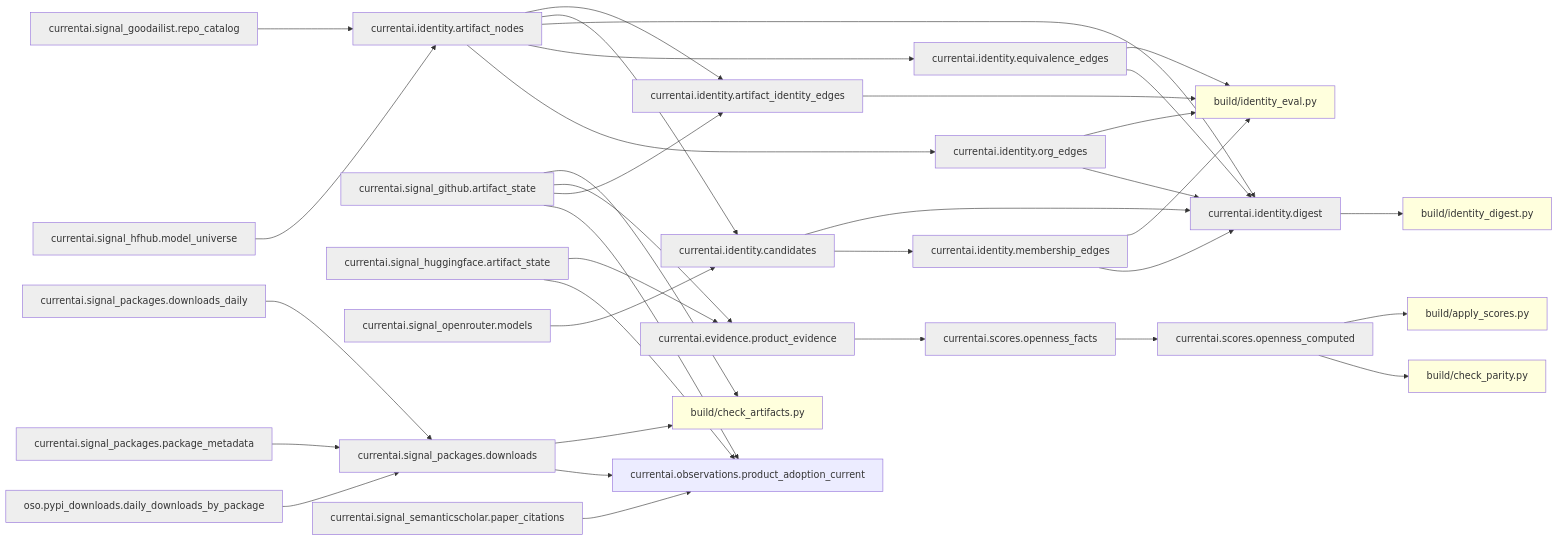
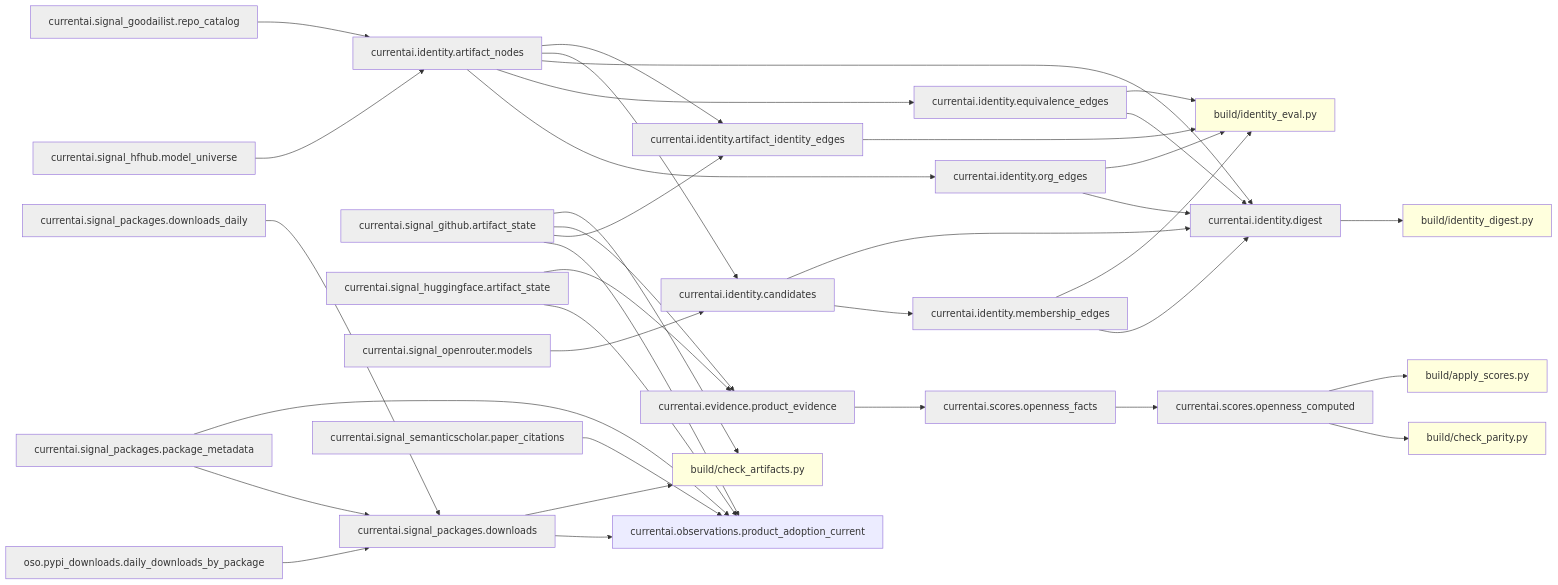
Before and after one commit to currentai-org/os-ai-map: the second of 3 diagrams in docs/architecture/current-state-dag.md, drawn with Mermaid. The commit also changed 15 other files, not shown here.

````diff
--- a/docs/architecture/current-state-dag.md
+++ b/docs/architecture/current-state-dag.md
@@ -93,40 +93,41 @@
 ```mermaid
 graph LR
   currentai__evidence__product_evidence[currentai.evidence.product_evidence]:::dep --> currentai__scores__openness_facts[currentai.scores.openness_facts]:::dep
   currentai__identity__artifact_identity_edges[currentai.identity.artifact_identity_edges]:::dep --> build/identity_eval__py[build/identity_eval.py]:::audit
   currentai__identity__artifact_nodes[currentai.identity.artifact_nodes]:::dep --> currentai__identity__artifact_identity_edges[currentai.identity.artifact_identity_edges]:::dep
   currentai__identity__artifact_nodes[currentai.identity.artifact_nodes]:::dep --> currentai__identity__candidates[currentai.identity.candidates]:::dep
   currentai__identity__artifact_nodes[currentai.identity.artifact_nodes]:::dep --> currentai__identity__digest[currentai.identity.digest]:::dep
   currentai__identity__artifact_nodes[currentai.identity.artifact_nodes]:::dep --> currentai__identity__equivalence_edges[currentai.identity.equivalence_edges]:::dep
   currentai__identity__artifact_nodes[currentai.identity.artifact_nodes]:::dep --> currentai__identity__org_edges[currentai.identity.org_edges]:::dep
   currentai__identity__candidates[currentai.identity.candidates]:::dep --> currentai__identity__digest[currentai.identity.digest]:::dep
   currentai__identity__candidates[currentai.identity.candidates]:::dep --> currentai__identity__membership_edges[currentai.identity.membership_edges]:::dep
   currentai__identity__digest[currentai.identity.digest]:::dep --> build/identity_digest__py[build/identity_digest.py]:::audit
   currentai__identity__equivalence_edges[currentai.identity.equivalence_edges]:::dep --> build/identity_eval__py[build/identity_eval.py]:::audit
   currentai__identity__equivalence_edges[currentai.identity.equivalence_edges]:::dep --> currentai__identity__digest[currentai.identity.digest]:::dep
   currentai__identity__membership_edges[currentai.identity.membership_edges]:::dep --> build/identity_eval__py[build/identity_eval.py]:::audit
   currentai__identity__membership_edges[currentai.identity.membership_edges]:::dep --> currentai__identity__digest[currentai.identity.digest]:::dep
   currentai__identity__org_edges[currentai.identity.org_edges]:::dep --> build/identity_eval__py[build/identity_eval.py]:::audit
   currentai__identity__org_edges[currentai.identity.org_edges]:::dep --> currentai__identity__digest[currentai.identity.digest]:::dep
   currentai__scores__openness_computed[currentai.scores.openness_computed]:::dep --> build/apply_scores__py[build/apply_scores.py]:::audit
   currentai__scores__openness_computed[currentai.scores.openness_computed]:::dep --> build/check_parity__py[build/check_parity.py]:::audit
   currentai__scores__openness_facts[currentai.scores.openness_facts]:::dep --> currentai__scores__openness_computed[currentai.scores.openness_computed]:::dep
   currentai__signal_github__artifact_state[currentai.signal_github.artifact_state]:::dep --> build/check_artifacts__py[build/check_artifacts.py]:::audit
   currentai__signal_github__artifact_state[currentai.signal_github.artifact_state]:::dep --> currentai__evidence__product_evidence[currentai.evidence.product_evidence]:::dep
   currentai__signal_github__artifact_state[currentai.signal_github.artifact_state]:::dep --> currentai__identity__artifact_identity_edges[currentai.identity.artifact_identity_edges]:::dep
   currentai__signal_github__artifact_state[currentai.signal_github.artifact_state]:::dep --> currentai__observations__product_adoption_current[currentai.observations.product_adoption_current]
   currentai__signal_goodailist__repo_catalog[currentai.signal_goodailist.repo_catalog]:::dep --> currentai__identity__artifact_nodes[currentai.identity.artifact_nodes]:::dep
   currentai__signal_hfhub__model_universe[currentai.signal_hfhub.model_universe]:::dep --> currentai__identity__artifact_nodes[currentai.identity.artifact_nodes]:::dep
   currentai__signal_huggingface__artifact_state[currentai.signal_huggingface.artifact_state]:::dep --> currentai__evidence__product_evidence[currentai.evidence.product_evidence]:::dep
   currentai__signal_huggingface__artifact_state[currentai.signal_huggingface.artifact_state]:::dep --> currentai__observations__product_adoption_current[currentai.observations.product_adoption_current]
   currentai__signal_openrouter__models[currentai.signal_openrouter.models]:::dep --> currentai__identity__candidates[currentai.identity.candidates]:::dep
   currentai__signal_packages__downloads[currentai.signal_packages.downloads]:::dep --> build/check_artifacts__py[build/check_artifacts.py]:::audit
   currentai__signal_packages__downloads[currentai.signal_packages.downloads]:::dep --> currentai__observations__product_adoption_current[currentai.observations.product_adoption_current]
   currentai__signal_packages__downloads_daily[currentai.signal_packages.downloads_daily]:::dep --> currentai__signal_packages__downloads[currentai.signal_packages.downloads]:::dep
+  currentai__signal_packages__package_metadata[currentai.signal_packages.package_metadata]:::dep --> currentai__observations__product_adoption_current[currentai.observations.product_adoption_current]
   currentai__signal_packages__package_metadata[currentai.signal_packages.package_metadata]:::dep --> currentai__signal_packages__downloads[currentai.signal_packages.downloads]:::dep
   currentai__signal_semanticscholar__paper_citations[currentai.signal_semanticscholar.paper_citations]:::dep --> currentai__observations__product_adoption_current[currentai.observations.product_adoption_current]
   oso__pypi_downloads__daily_downloads_by_package[oso.pypi_downloads.daily_downloads_by_package]:::dep --> currentai__signal_packages__downloads[currentai.signal_packages.downloads]:::dep
   classDef dep fill:#eee;
   classDef audit fill:#ffd;
   classDef src fill:#def;
 ```
````
